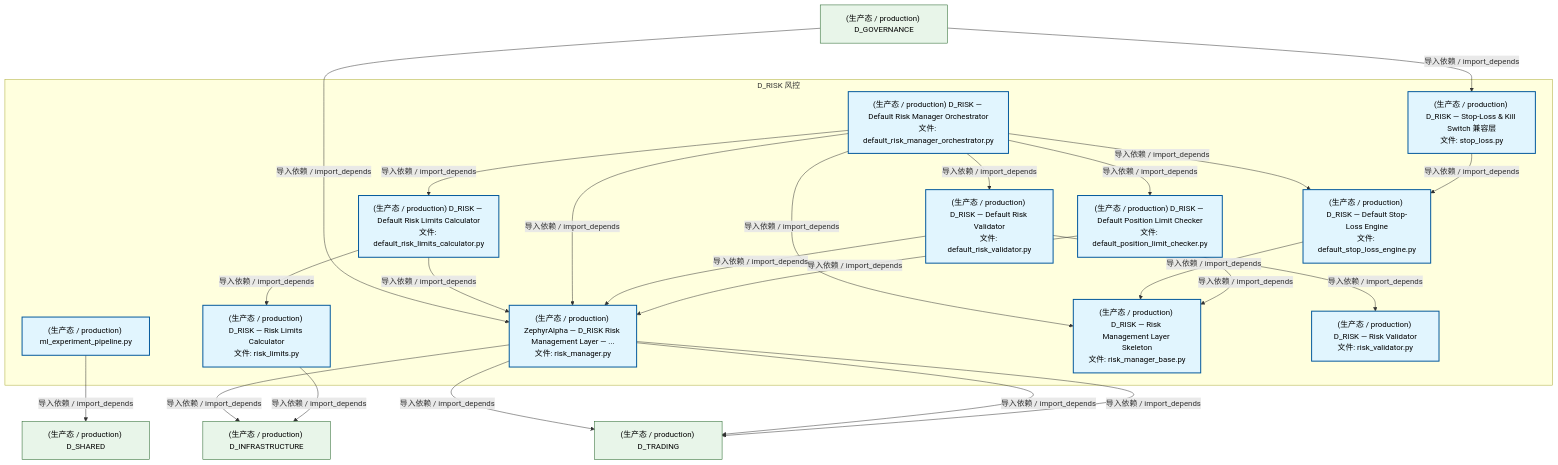
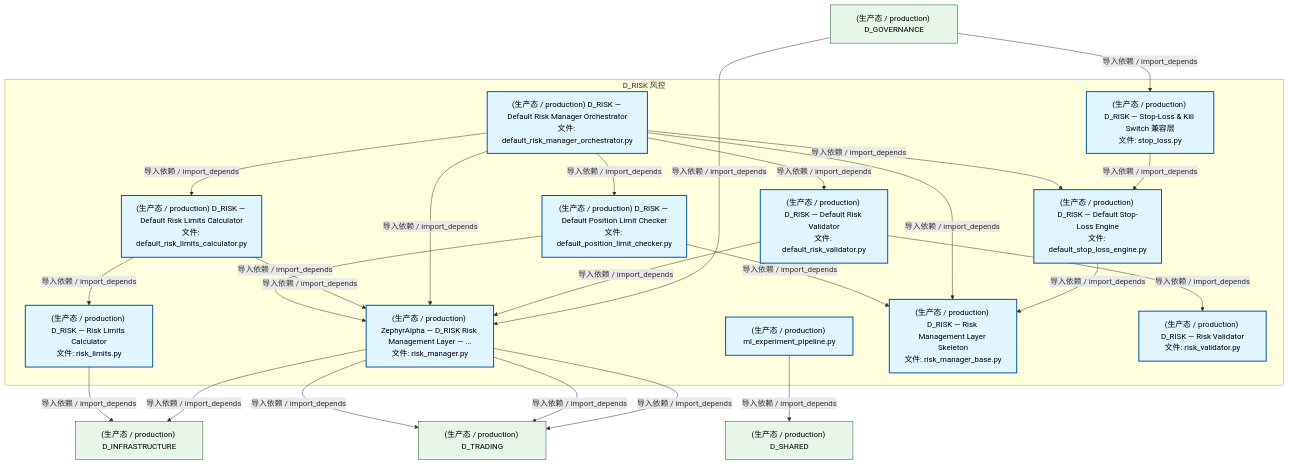
The second of 3 diagrams in docs/02_enterprise_architecture/02_domain_architecture_docs/65_d_risk.md (xuanFelixVan/ZephyrAlpha), drawn with Mermaid before and after one commit. The commit also changed other lines of this file and 48 other files, not shown here.

````diff
--- a/docs/02_enterprise_architecture/02_domain_architecture_docs/65_d_risk.md
+++ b/docs/02_enterprise_architecture/02_domain_architecture_docs/65_d_risk.md
@@ -129,48 +129,48 @@
 ```mermaid
 graph TD
     subgraph D_RISK["D_RISK 风控"]
         src_zephyr_risk_cross_asset_cross_market_data_adapter_ml_experiment_pipeline_py["(生产态 / production) ml_experiment_pipeline.py"]
         src_zephyr_risk_implementations_default_position_limit_checker_py["(生产态 / production) D_RISK — Default Position Limit Checker<br/>文件: default_position_limit_checker.py"]
         src_zephyr_risk_implementations_default_risk_limits_calculator_py["(生产态 / production) D_RISK — Default Risk Limits Calculator<br/>文件: default_risk_limits_calculator.py"]
         src_zephyr_risk_implementations_default_risk_manager_orchestrator_py["(生产态 / production) D_RISK — Default Risk Manager Orchestrator<br/>文件: default_risk_manager_orchestrator.py"]
         src_zephyr_risk_implementations_default_risk_validator_py["(生产态 / production) D_RISK — Default Risk Validator<br/>文件: default_risk_validator.py"]
         src_zephyr_risk_implementations_default_stop_loss_engine_py["(生产态 / production) D_RISK — Default Stop-Loss Engine<br/>文件: default_stop_loss_engine.py"]
         src_zephyr_risk_risk_limits_py["(生产态 / production) D_RISK — Risk Limits Calculator<br/>文件: risk_limits.py"]
         src_zephyr_risk_risk_manager_py["(生产态 / production) ZephyrAlpha — D_RISK Risk Management Layer — ...<br/>文件: risk_manager.py"]
         src_zephyr_risk_risk_manager_base_py["(生产态 / production) D_RISK — Risk Management Layer Skeleton<br/>文件: risk_manager_base.py"]
         src_zephyr_risk_risk_validator_py["(生产态 / production) D_RISK — Risk Validator<br/>文件: risk_validator.py"]
         src_zephyr_risk_stop_loss_py["(生产态 / production) D_RISK — Stop-Loss & Kill Switch 兼容层<br/>文件: stop_loss.py"]
     end
+    src_zephyr_risk_implementations_default_position_limit_checker_py -->|导入依赖 / import_depends| src_zephyr_risk_risk_manager_base_py
+    src_zephyr_risk_implementations_default_position_limit_checker_py -->|导入依赖 / import_depends| src_zephyr_risk_risk_manager_py
+    src_zephyr_risk_implementations_default_risk_limits_calculator_py -->|导入依赖 / import_depends| src_zephyr_risk_risk_limits_py
+    src_zephyr_risk_implementations_default_risk_limits_calculator_py -->|导入依赖 / import_depends| src_zephyr_risk_risk_manager_py
+    src_zephyr_risk_implementations_default_risk_manager_orchestrator_py -->|导入依赖 / import_depends| src_zephyr_risk_risk_manager_base_py
+    src_zephyr_risk_implementations_default_risk_manager_orchestrator_py -->|导入依赖 / import_depends| src_zephyr_risk_risk_manager_py
+    src_zephyr_risk_implementations_default_risk_manager_orchestrator_py -->|导入依赖 / import_depends| src_zephyr_risk_implementations_default_position_limit_checker_py
+    src_zephyr_risk_implementations_default_risk_manager_orchestrator_py -->|导入依赖 / import_depends| src_zephyr_risk_implementations_default_risk_limits_calculator_py
+    src_zephyr_risk_implementations_default_risk_manager_orchestrator_py -->|导入依赖 / import_depends| src_zephyr_risk_implementations_default_risk_validator_py
+    src_zephyr_risk_implementations_default_risk_manager_orchestrator_py -->|导入依赖 / import_depends| src_zephyr_risk_implementations_default_stop_loss_engine_py
     src_zephyr_risk_stop_loss_py -->|导入依赖 / import_depends| src_zephyr_risk_implementations_default_stop_loss_engine_py
-    src_zephyr_risk_implementations_default_position_limit_checker_py -->|导入依赖 / import_depends| src_zephyr_risk_risk_manager_py
-    src_zephyr_risk_implementations_default_position_limit_checker_py -->|导入依赖 / import_depends| src_zephyr_risk_risk_manager_base_py
     src_zephyr_risk_implementations_default_risk_validator_py -->|导入依赖 / import_depends| src_zephyr_risk_risk_manager_py
     src_zephyr_risk_implementations_default_risk_validator_py -->|导入依赖 / import_depends| src_zephyr_risk_risk_validator_py
     src_zephyr_risk_implementations_default_stop_loss_engine_py -->|导入依赖 / import_depends| src_zephyr_risk_risk_manager_base_py
-    src_zephyr_risk_implementations_default_risk_manager_orchestrator_py -->|导入依赖 / import_depends| src_zephyr_risk_risk_manager_py
-    src_zephyr_risk_implementations_default_risk_manager_orchestrator_py -->|导入依赖 / import_depends| src_zephyr_risk_risk_manager_base_py
-    src_zephyr_risk_implementations_default_risk_manager_orchestrator_py -->|导入依赖 / import_depends| src_zephyr_risk_implementations_default_position_limit_checker_py
-    src_zephyr_risk_implementations_default_risk_manager_orchestrator_py -->|导入依赖 / import_depends| src_zephyr_risk_implementations_default_risk_validator_py
-    src_zephyr_risk_implementations_default_risk_manager_orchestrator_py -->|导入依赖 / import_depends| src_zephyr_risk_implementations_default_stop_loss_engine_py
-    src_zephyr_risk_implementations_default_risk_manager_orchestrator_py -->|导入依赖 / import_depends| src_zephyr_risk_implementations_default_risk_limits_calculator_py
-    src_zephyr_risk_implementations_default_risk_limits_calculator_py -->|导入依赖 / import_depends| src_zephyr_risk_risk_limits_py
-    src_zephyr_risk_implementations_default_risk_limits_calculator_py -->|导入依赖 / import_depends| src_zephyr_risk_risk_manager_py
     D_INFRASTRUCTURE["(生产态 / production) D_INFRASTRUCTURE"]
     src_zephyr_risk_risk_limits_py -->|导入依赖 / import_depends| D_INFRASTRUCTURE
     src_zephyr_risk_risk_manager_py -->|导入依赖 / import_depends| D_INFRASTRUCTURE
     D_SHARED["(生产态 / production) D_SHARED"]
     src_zephyr_risk_cross_asset_cross_market_data_adapter_ml_experiment_pipeline_py -->|导入依赖 / import_depends| D_SHARED
     D_TRADING["(生产态 / production) D_TRADING"]
     src_zephyr_risk_risk_manager_py -->|导入依赖 / import_depends| D_TRADING
     src_zephyr_risk_risk_manager_py -->|导入依赖 / import_depends| D_TRADING
     src_zephyr_risk_risk_manager_py -->|导入依赖 / import_depends| D_TRADING
     D_GOVERNANCE["(生产态 / production) D_GOVERNANCE"]
     D_GOVERNANCE -->|导入依赖 / import_depends| src_zephyr_risk_risk_manager_py
     D_GOVERNANCE -->|导入依赖 / import_depends| src_zephyr_risk_stop_loss_py
     classDef production fill:#e1f5fe,stroke:#01579b,stroke-width:2px,color:#000
     classDef design fill:#fff3e0,stroke:#e65100,stroke-width:2px,color:#000,stroke-dasharray: 5 5
     classDef external_prod fill:#e8f5e9,stroke:#1b5e20,stroke-width:1px,color:#000
     classDef external_design fill:#fce4ec,stroke:#880e4f,stroke-width:1px,color:#000,stroke-dasharray: 5 5
     class src_zephyr_risk_cross_asset_cross_market_data_adapter_ml_experiment_pipeline_py,src_zephyr_risk_implementations_default_position_limit_checker_py,src_zephyr_risk_implementations_default_risk_limits_calculator_py,src_zephyr_risk_implementations_default_risk_manager_orchestrator_py,src_zephyr_risk_implementations_default_risk_validator_py,src_zephyr_risk_implementations_default_stop_loss_engine_py,src_zephyr_risk_risk_limits_py,src_zephyr_risk_risk_manager_py,src_zephyr_risk_risk_manager_base_py,src_zephyr_risk_risk_validator_py,src_zephyr_risk_stop_loss_py production
     class D_INFRASTRUCTURE,D_SHARED,D_TRADING,D_GOVERNANCE external_prod
 ```
````
